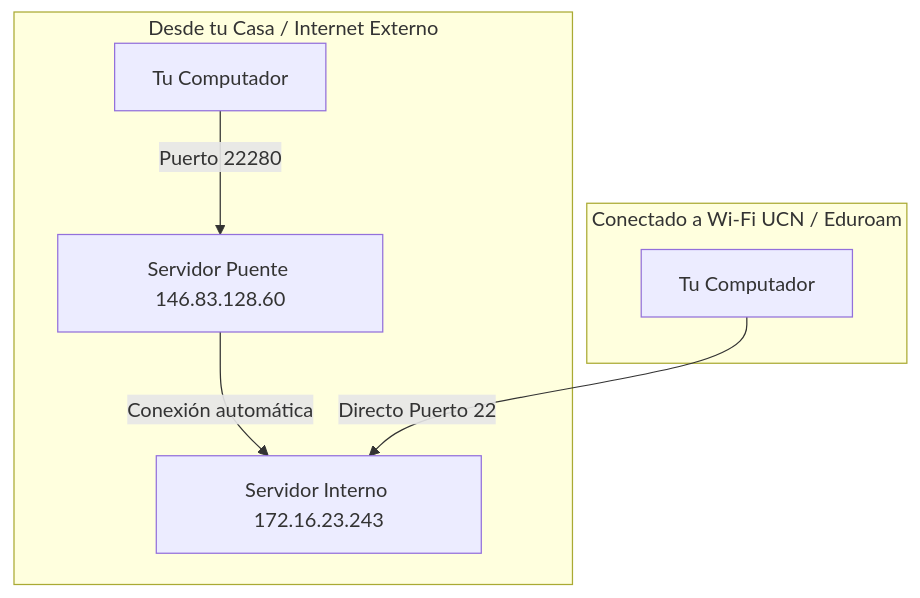
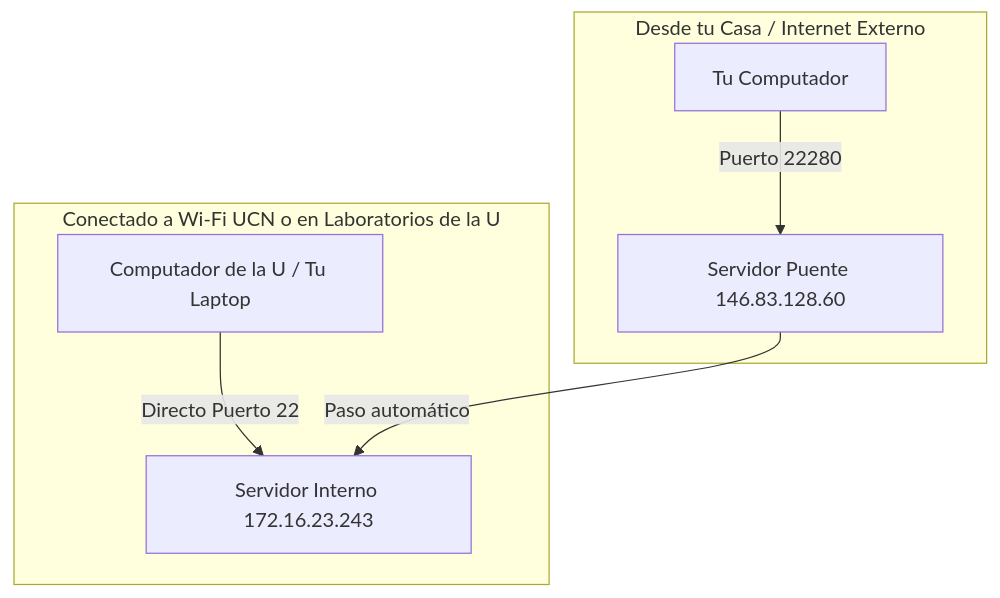
The second of 2 diagrams in guias/02-servidor-conda.md (Gael-OC/machine-learning-2026-02), drawn with Mermaid before and after one commit. The commit also changed other lines of this file and 1 other file, not shown here.

````diff
--- a/guias/02-servidor-conda.md
+++ b/guias/02-servidor-conda.md
@@ -35,11 +35,11 @@
 ```mermaid
 flowchart TD
-    subgraph Fuera_de_la_U[Desde tu Casa / Internet Externo]
-        PC1[Tu Computador] -->|Puerto 22280| Puente[Servidor Puente 146.83.128.60]
-        Puente -->|Conexión automática| Servidor[Servidor Interno 172.16.23.243]
+    subgraph Dentro_de_la_U[Conectado a Wi-Fi UCN o en Laboratorios de la U]
+        PC1[Computador de la U / Tu Laptop] -->|Directo Puerto 22| Servidor[Servidor Interno 172.16.23.243]
     end
 
-    subgraph Dentro_de_la_U[Conectado a Wi-Fi UCN / Eduroam]
-        PC2[Tu Computador] -->|Directo Puerto 22| Servidor
+    subgraph Fuera_de_la_U[Desde tu Casa / Internet Externo]
+        PC2[Tu Computador] -->|Puerto 22280| Puente[Servidor Puente 146.83.128.60]
+        Puente -->|Paso automático| Servidor
     end
 ```
````
